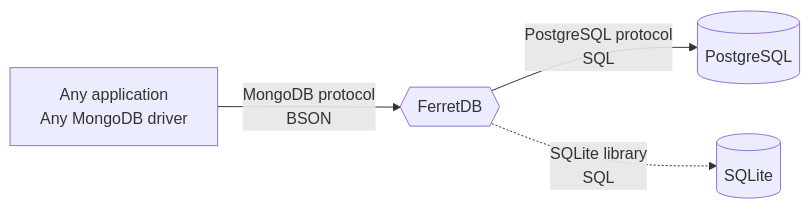
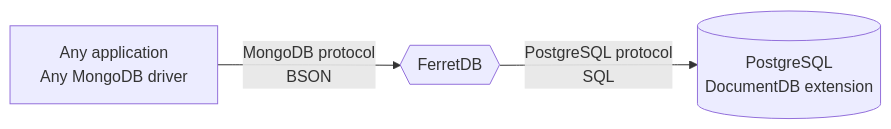
Before and after one commit to FerretDB/FerretDB: the diagram in README.md, drawn with Mermaid. The commit also changed other lines of this file and 755 other files, not shown here.

````diff
--- a/README.md
+++ b/README.md
@@ -16,11 +32,9 @@
 ```mermaid
 flowchart LR
   A["Any application<br>Any MongoDB driver"]
   F{{FerretDB}}
-  P[(PostgreSQL)]
-  S[("SQLite")]
+  P[(PostgreSQL<br>DocumentDB extension)]
 
   A -- "MongoDB protocol<br>BSON" --> F
   F -- "PostgreSQL protocol<br>SQL" --> P
-  F -. "SQLite library<br>SQL" .-> S
 ```
````
